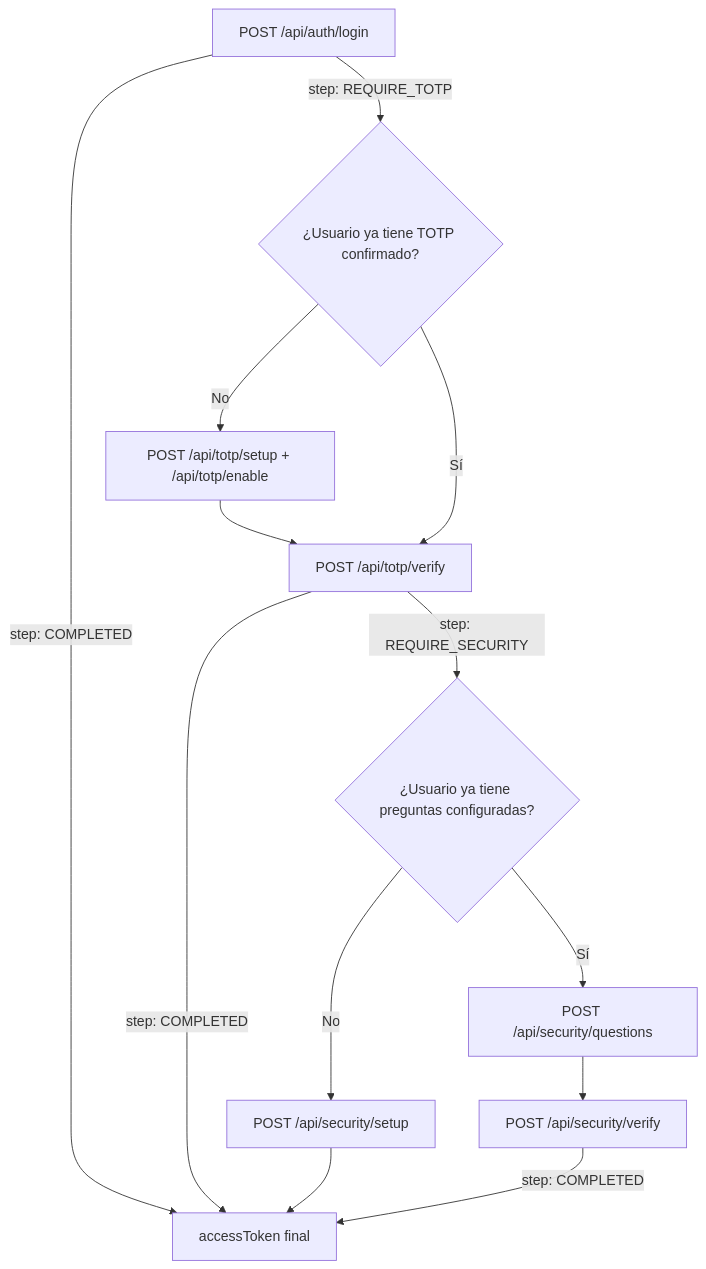
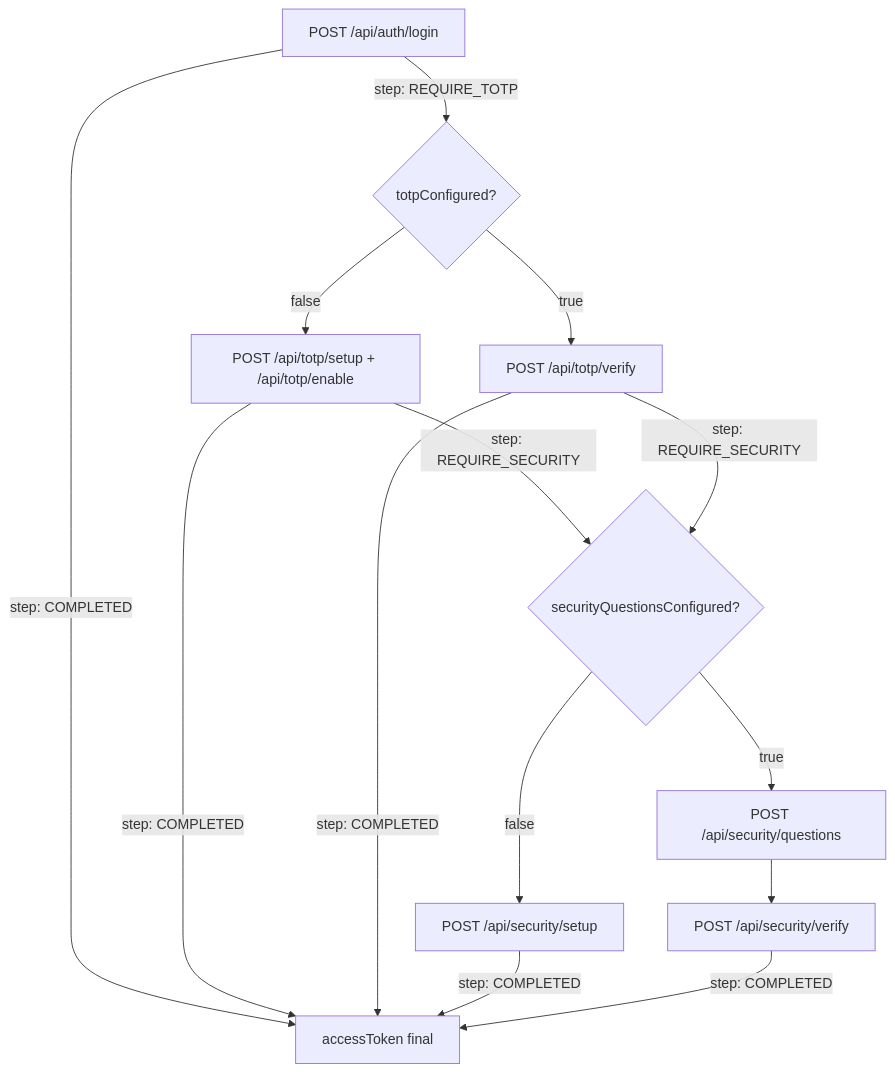
One commit to ValesMaster/valesmaster-backend changed the diagram in docs/frontend-auth-flow.md. Above: the diagram before and after it, drawn with Mermaid. The commit also changed other lines of this file and 3 other files, not shown here.

````diff
--- a/docs/frontend-auth-flow.md
+++ b/docs/frontend-auth-flow.md
@@ -21,15 +22,16 @@
 ```mermaid
 flowchart TD
     A[POST /api/auth/login] -->|step: COMPLETED| Z[accessToken final]
-    A -->|step: REQUIRE_TOTP| B{"¿Usuario ya tiene TOTP confirmado?"}
-    B -->|No| C[POST /api/totp/setup + /api/totp/enable]
-    C --> D[POST /api/totp/verify]
-    B -->|Sí| D
+    A -->|step: REQUIRE_TOTP| B{"totpConfigured?"}
+    B -->|false| C["POST /api/totp/setup + /api/totp/enable"]
+    B -->|true| D[POST /api/totp/verify]
+    C -->|step: COMPLETED| Z
     D -->|step: COMPLETED| Z
-    D -->|step: REQUIRE_SECURITY| G{"¿Usuario ya tiene preguntas configuradas?"}
-    G -->|No| H[POST /api/security/setup]
-    H --> Z
-    G -->|Sí| E[POST /api/security/questions]
+    C -->|step: REQUIRE_SECURITY| G{"securityQuestionsConfigured?"}
+    D -->|step: REQUIRE_SECURITY| G
+    G -->|false| H[POST /api/security/setup]
+    G -->|true| E[POST /api/security/questions]
     E --> F[POST /api/security/verify]
+    H -->|step: COMPLETED| Z
     F -->|step: COMPLETED| Z
 ```
````
